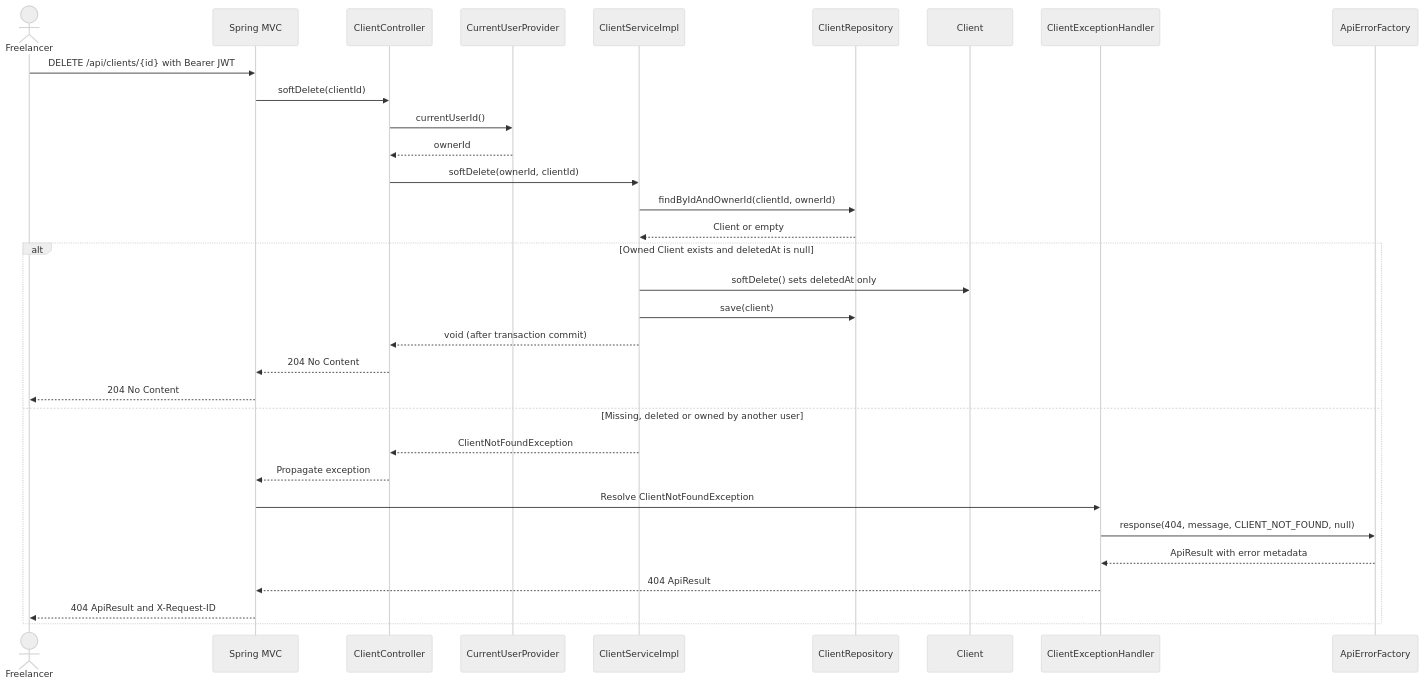
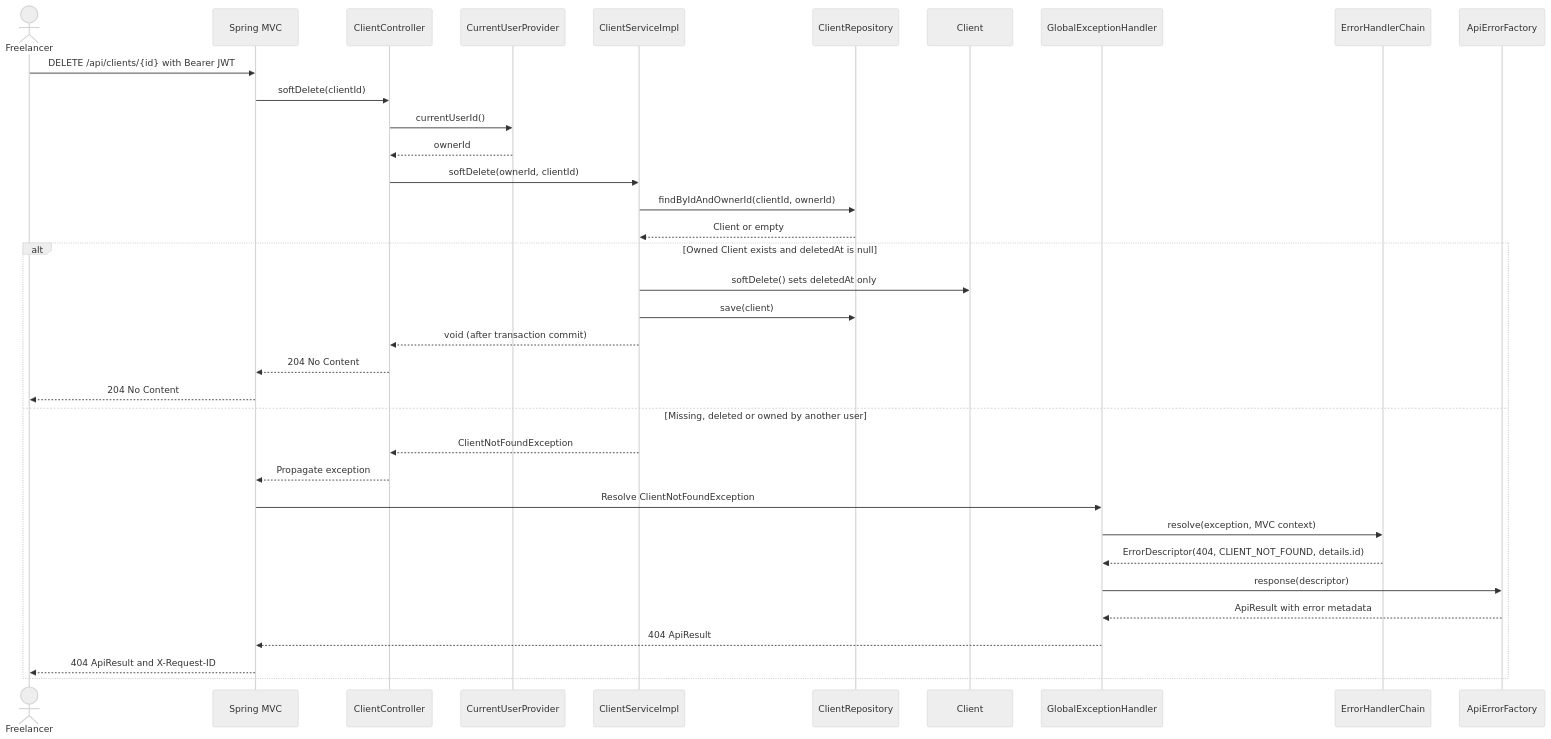
One commit to lillianxhub/freelance-hub changed the fourth of 6 diagrams in doc/diagrams/sequence-diagram.md. Above: the diagram before and after it, drawn with Mermaid (neutral theme). The commit also changed 105 other files, not shown here.

````diff
--- a/doc/diagrams/sequence-diagram.md
+++ b/doc/diagrams/sequence-diagram.md
@@ -193,35 +193,38 @@
 ```mermaid
 sequenceDiagram
     actor F as Freelancer
     participant M as Spring MVC
     participant C as ClientController
     participant U as CurrentUserProvider
     participant S as ClientServiceImpl
     participant R as ClientRepository
     participant E as Client
-    participant H as ClientExceptionHandler
+    participant H as GlobalExceptionHandler
+    participant Chain as ErrorHandlerChain
     participant A as ApiErrorFactory
 
     F->>M: DELETE /api/clients/{id} with Bearer JWT
     M->>C: softDelete(clientId)
     C->>U: currentUserId()
     U-->>C: ownerId
     C->>S: softDelete(ownerId, clientId)
     S->>R: findByIdAndOwnerId(clientId, ownerId)
     R-->>S: Client or empty
     alt Owned Client exists and deletedAt is null
         S->>E: softDelete() sets deletedAt only
         S->>R: save(client)
         S-->>C: void (after transaction commit)
         C-->>M: 204 No Content
         M-->>F: 204 No Content
     else Missing, deleted or owned by another user
         S-->>C: ClientNotFoundException
         C-->>M: Propagate exception
         M->>H: Resolve ClientNotFoundException
-        H->>A: response(404, message, CLIENT_NOT_FOUND, null)
+        H->>Chain: resolve(exception, MVC context)
+        Chain-->>H: ErrorDescriptor(404, CLIENT_NOT_FOUND, details.id)
+        H->>A: response(descriptor)
         A-->>H: ApiResult with error metadata
         H-->>M: 404 ApiResult
         M-->>F: 404 ApiResult and X-Request-ID
     end
 ```
````
